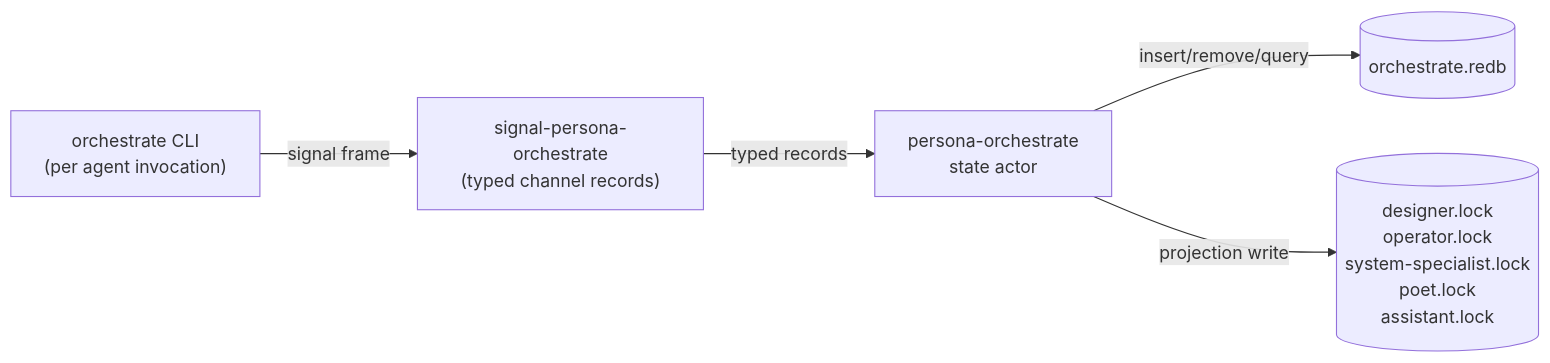
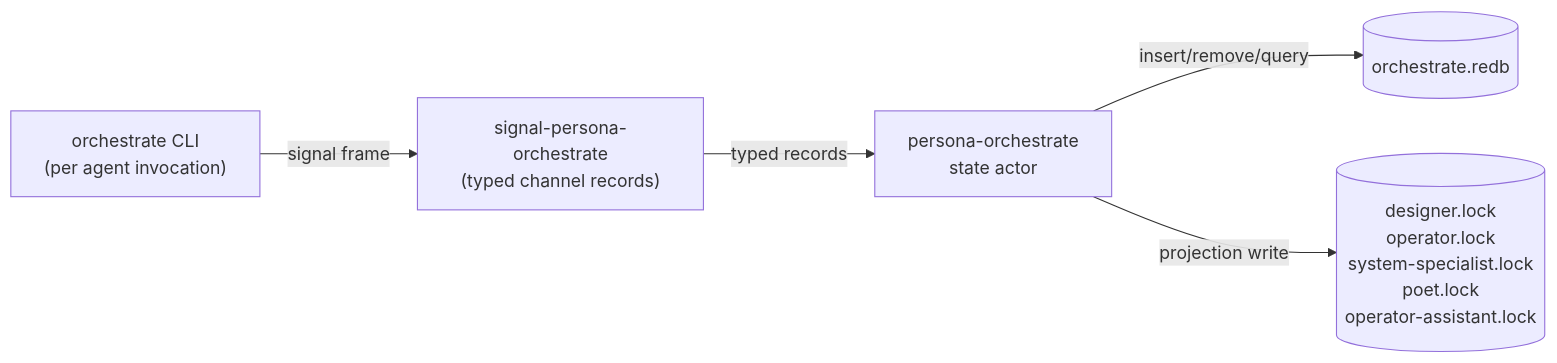
One commit to LiGoldragon/primary changed the diagram in reports/designer/93-persona-orchestrate-rust-rewrite-and-activity-log.md. Above: the diagram before and after it, drawn with Mermaid. The commit also changed other lines of this file and 31 other files, not shown here.

````diff
--- a/reports/designer/93-persona-orchestrate-rust-rewrite-and-activity-log.md
+++ b/reports/designer/93-persona-orchestrate-rust-rewrite-and-activity-log.md
@@ -456,13 +456,13 @@
 ```mermaid
 flowchart LR
     cli["orchestrate CLI<br/>(per agent invocation)"]
     contract["signal-persona-orchestrate<br/>(typed channel records)"]
     actor["persona-orchestrate<br/>state actor"]
     redb[("orchestrate.redb")]
-    locks[("designer.lock<br/>operator.lock<br/>system-specialist.lock<br/>poet.lock<br/>assistant.lock")]
+    locks[("designer.lock<br/>operator.lock<br/>system-specialist.lock<br/>poet.lock<br/>operator-assistant.lock")]
 
     cli -->|signal frame| contract
     contract -->|typed records| actor
     actor -->|insert/remove/query| redb
     actor -->|projection write| locks
 ```
````
